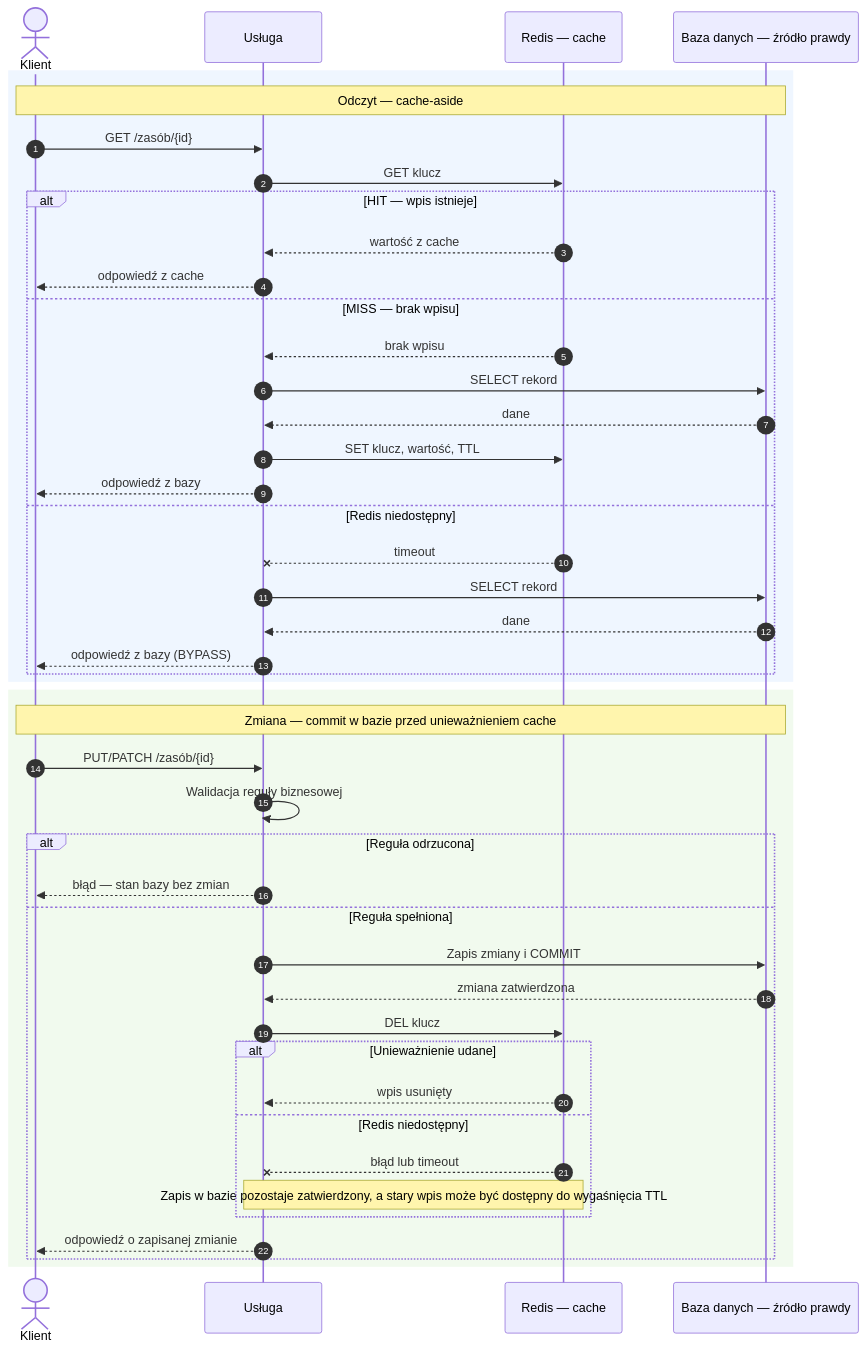
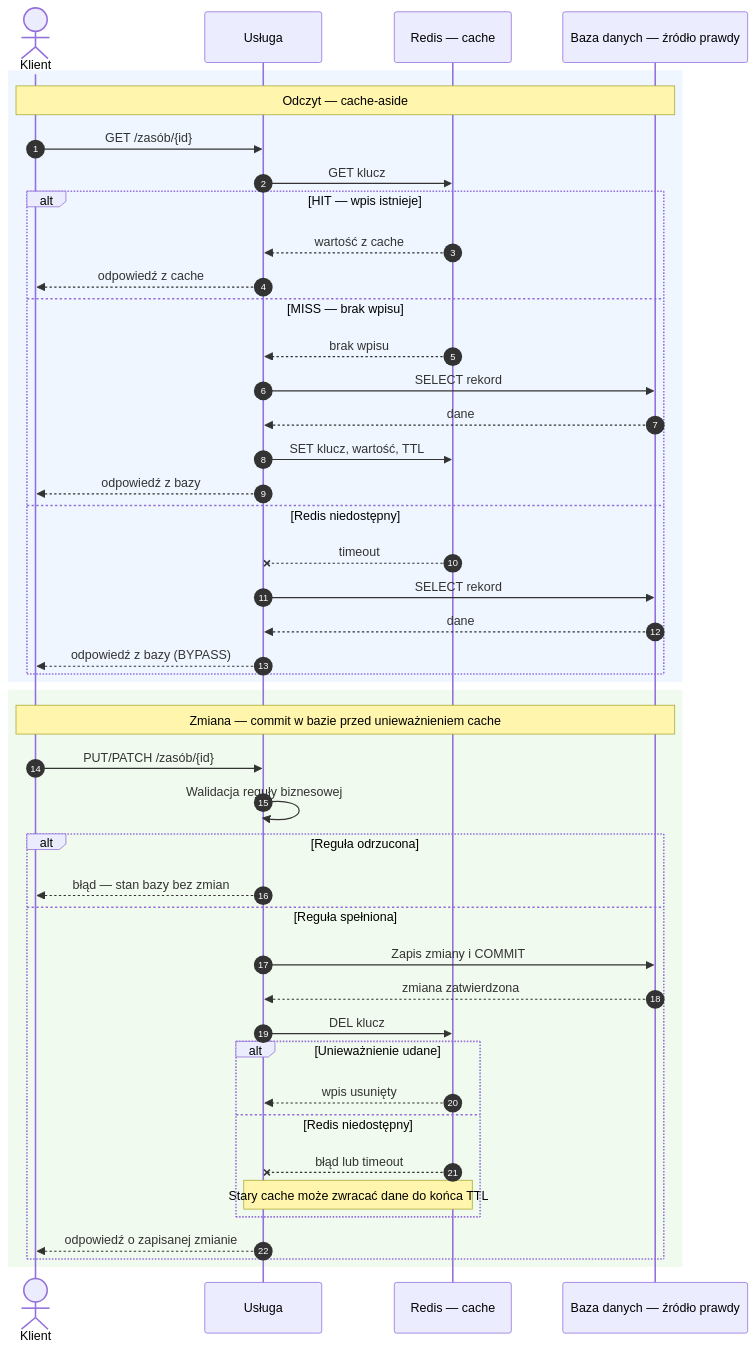
Before and after one commit to wgalka/PAWOoM: the diagram in 2026_2027/lab2/README.md, drawn with Mermaid. The commit also changed other lines of this file and 1 other file, not shown here.

Commit message:
docs(lab2): wyjasnij cache-aside i skroc diagram

```diff
--- a/2026_2027/lab2/README.md
+++ b/2026_2027/lab2/README.md
@@ -50,49 +52,49 @@
 <pre class="mermaid">
 sequenceDiagram
     autonumber
     actor K as Klient
     participant U as Usługa
     participant R as Redis — cache
     participant B as Baza danych — źródło prawdy
 
     rect rgb(239, 246, 255)
         Note over K,B: Odczyt — cache-aside
         K->>U: GET /zasób/{id}
         U->>R: GET klucz
         alt HIT — wpis istnieje
             R-->>U: wartość z cache
             U-->>K: odpowiedź z cache
         else MISS — brak wpisu
             R-->>U: brak wpisu
             U->>B: SELECT rekord
             B-->>U: dane
             U->>R: SET klucz, wartość, TTL
             U-->>K: odpowiedź z bazy
         else Redis niedostępny
             R--xU: timeout
             U->>B: SELECT rekord
             B-->>U: dane
             U-->>K: odpowiedź z bazy (BYPASS)
         end
     end
 
     rect rgb(241, 250, 238)
         Note over K,B: Zmiana — commit w bazie przed unieważnieniem cache
         K->>U: PUT/PATCH /zasób/{id}
         U->>U: Walidacja reguły biznesowej
         alt Reguła odrzucona
             U-->>K: błąd — stan bazy bez zmian
         else Reguła spełniona
             U->>B: Zapis zmiany i COMMIT
             B-->>U: zmiana zatwierdzona
             U->>R: DEL klucz
             alt Unieważnienie udane
                 R-->>U: wpis usunięty
             else Redis niedostępny
                 R--xU: błąd lub timeout
-                Note over U,R: Zapis w bazie pozostaje zatwierdzony, a stary wpis może być dostępny do wygaśnięcia TTL
+                Note over U,R: Stary cache może zwracać dane do końca TTL
             end
             U-->>K: odpowiedź o zapisanej zmianie
         end
     end
 </pre>
```
